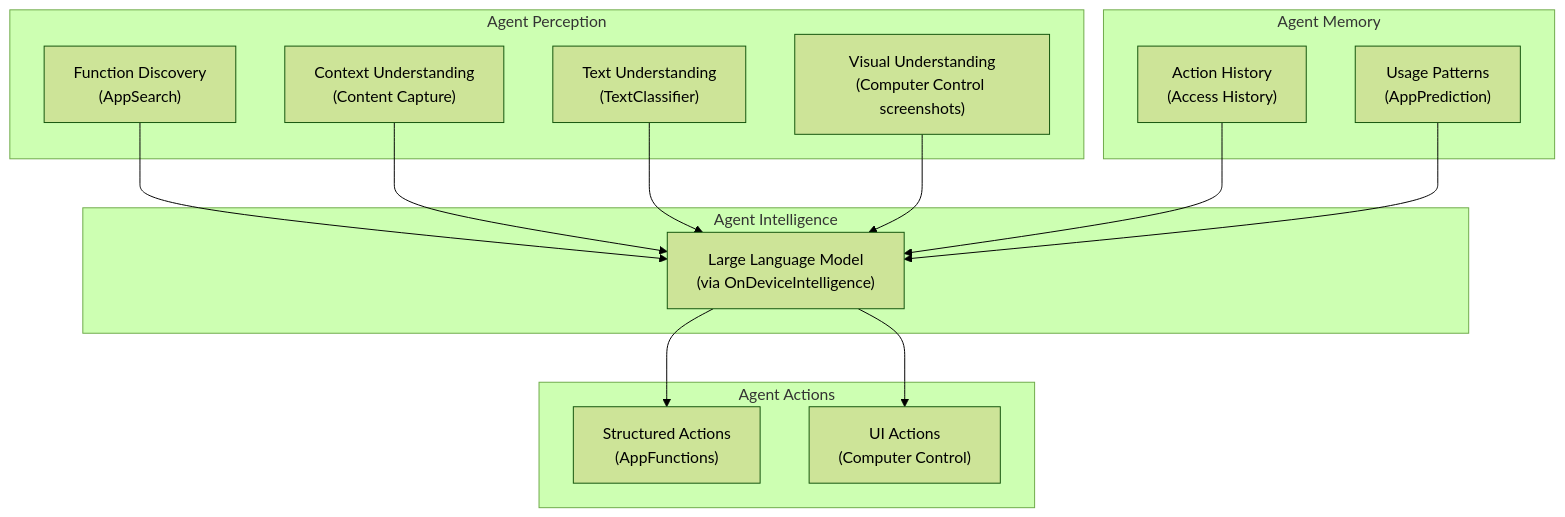
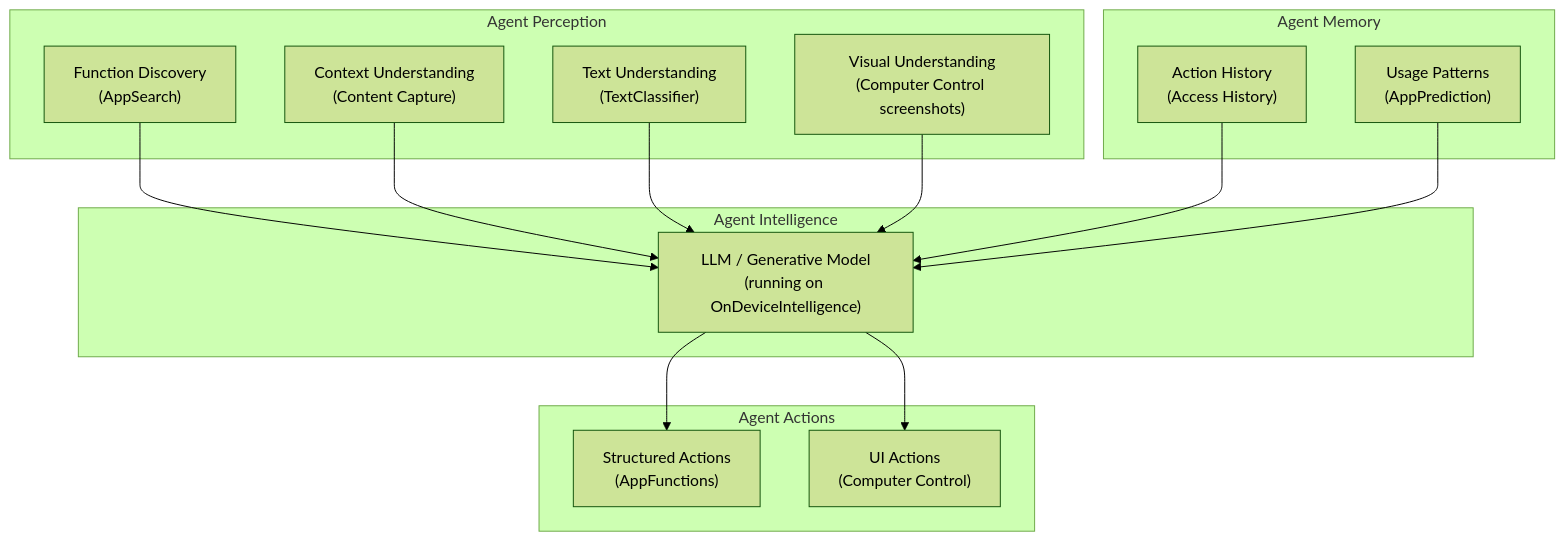
Diagram 59 of 59 in 50-ai-appfunctions.md (aospbooks/aosp-internal-book), drawn with Mermaid (forest theme) before and after one commit. The commit also changed other lines of this file, not shown here.

First line of the commit message:
50-ai-appfunctions: stop framing OnDeviceIntelligence as LLM-only

````diff
--- a/50-ai-appfunctions.md
+++ b/50-ai-appfunctions.md
@@ -4540,32 +4540,32 @@
 ```mermaid
 graph TB
     subgraph "Agent Intelligence"
-        LLM["Large Language Model<br/>(via OnDeviceIntelligence)"]
+        LLM["LLM / Generative Model<br/>(running on OnDeviceIntelligence)"]
     end
 
     subgraph "Agent Actions"
         AF["Structured Actions<br/>(AppFunctions)"]
         CC["UI Actions<br/>(Computer Control)"]
     end
 
     subgraph "Agent Perception"
         AS["Function Discovery<br/>(AppSearch)"]
         CCap["Context Understanding<br/>(Content Capture)"]
         TC["Text Understanding<br/>(TextClassifier)"]
         Screenshot["Visual Understanding<br/>(Computer Control screenshots)"]
     end
 
     subgraph "Agent Memory"
         AH["Action History<br/>(Access History)"]
         AP["Usage Patterns<br/>(AppPrediction)"]
     end
 
     LLM --> AF
     LLM --> CC
     AS --> LLM
     CCap --> LLM
     TC --> LLM
     Screenshot --> LLM
     AH --> LLM
     AP --> LLM
 ```
````
